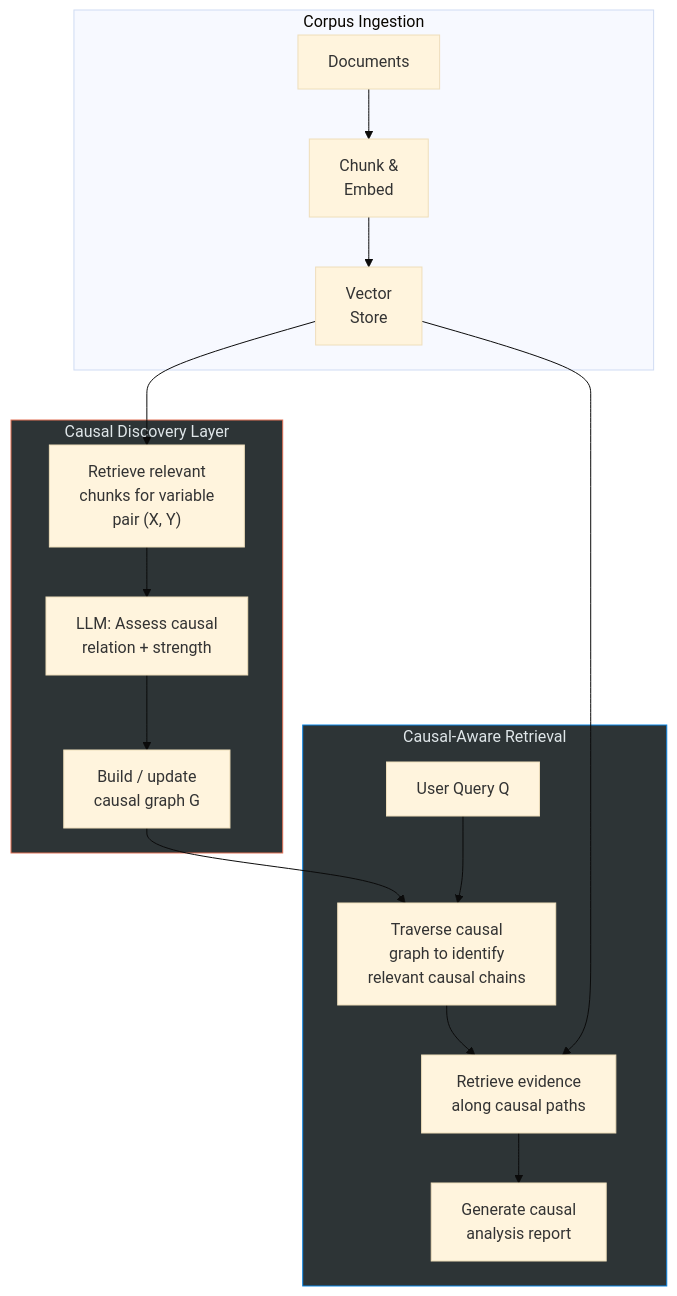
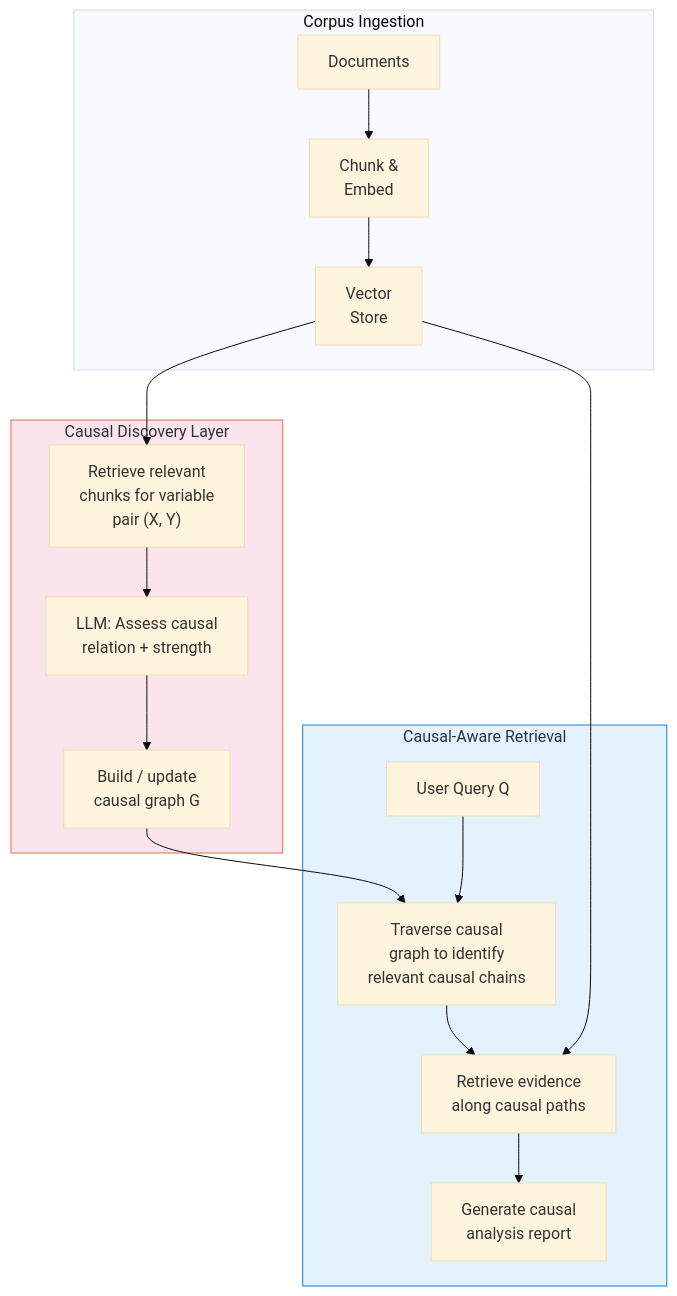
One commit to dimitarpg13/agentic_architectures_and_design_patterns changed the seventh of 12 diagrams in notebooks/causal_inference/building_causal_DAG.md. Above: the diagram before and after it, drawn with Mermaid (base theme).

Commit message:
update color in md

````diff
--- a/notebooks/causal_inference/building_causal_DAG.md
+++ b/notebooks/causal_inference/building_causal_DAG.md
@@ -264,29 +264,29 @@
 ```mermaid
 flowchart TD
     subgraph Ingestion["Corpus Ingestion"]
         D1["Documents"] --> D2["Chunk &<br/>Embed"]
         D2 --> D3["Vector<br/>Store"]
     end
 
     subgraph CausalDiscovery["Causal Discovery Layer"]
         CD1["Retrieve relevant<br/>chunks for variable<br/>pair (X, Y)"]
         CD2["LLM: Assess causal<br/>relation + strength"]
         CD3["Build / update<br/>causal graph G"]
         CD1 --> CD2 --> CD3
     end
 
     subgraph CausalRAG["Causal-Aware Retrieval"]
         CR1["User Query Q"]
         CR2["Traverse causal<br/>graph to identify<br/>relevant causal chains"]
         CR3["Retrieve evidence<br/>along causal paths"]
         CR4["Generate causal<br/>analysis report"]
         CR1 --> CR2 --> CR3 --> CR4
     end
 
     D3 --> CD1
     CD3 --> CR2
     D3 --> CR3
 
-    style CausalDiscovery fill:#2d3436,stroke:#e17055,color:#dfe6e9
-    style CausalRAG fill:#2d3436,stroke:#0984e3,color:#dfe6e9
+    style CausalDiscovery fill:#fce4ec,stroke:#e17055,color:#2d3436
+    style CausalRAG fill:#e3f2fd,stroke:#0984e3,color:#2d3436
 ```
````
